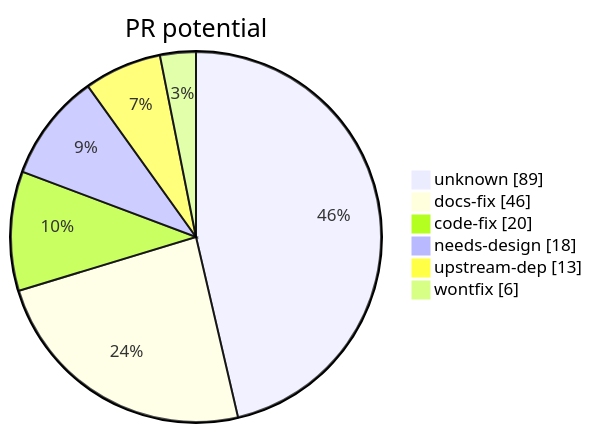
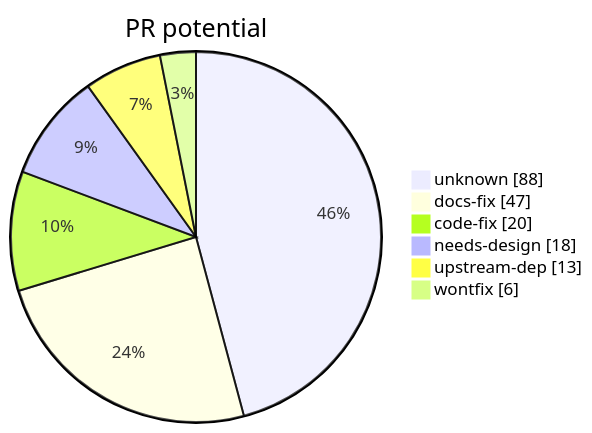
One commit to open-commons-observatory/dolt-pipeline-scratch changed the diagram in docs/generated/index.md. Above: the diagram before and after it, drawn with Mermaid. The commit also changed other lines of this file and 21 other files, not shown here.

````diff
--- a/docs/generated/index.md
+++ b/docs/generated/index.md
@@ -13,9 +13,9 @@
 ```mermaid
 pie showData title PR potential
-    "unknown" : 89
-    "docs-fix" : 46
+    "unknown" : 88
+    "docs-fix" : 47
     "code-fix" : 20
     "needs-design" : 18
     "upstream-dep" : 13
     "wontfix" : 6
 ```
````
